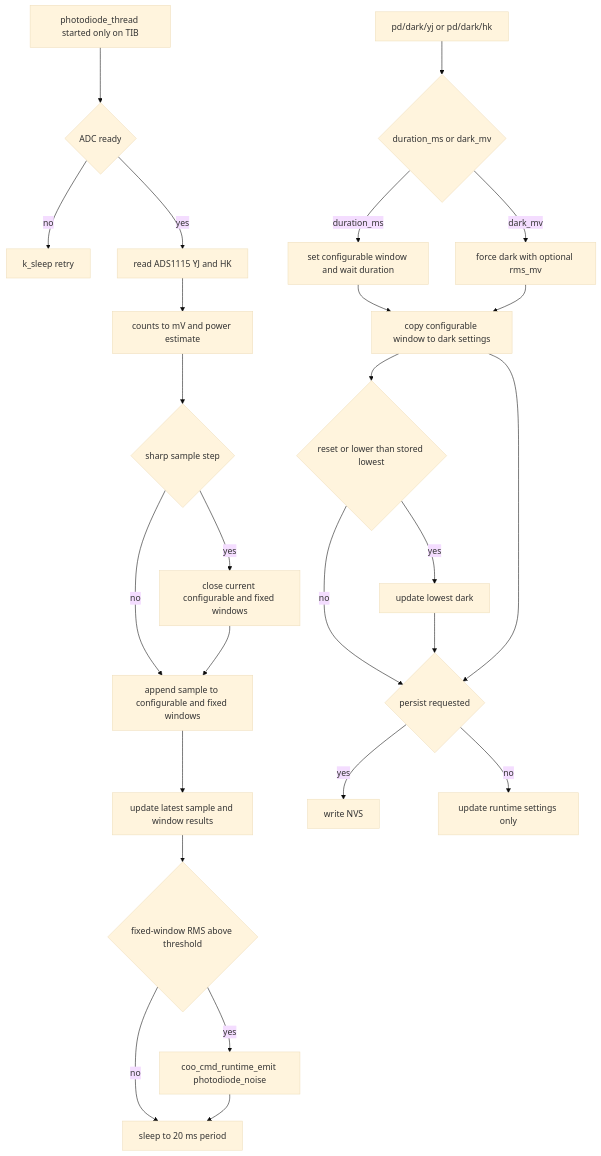
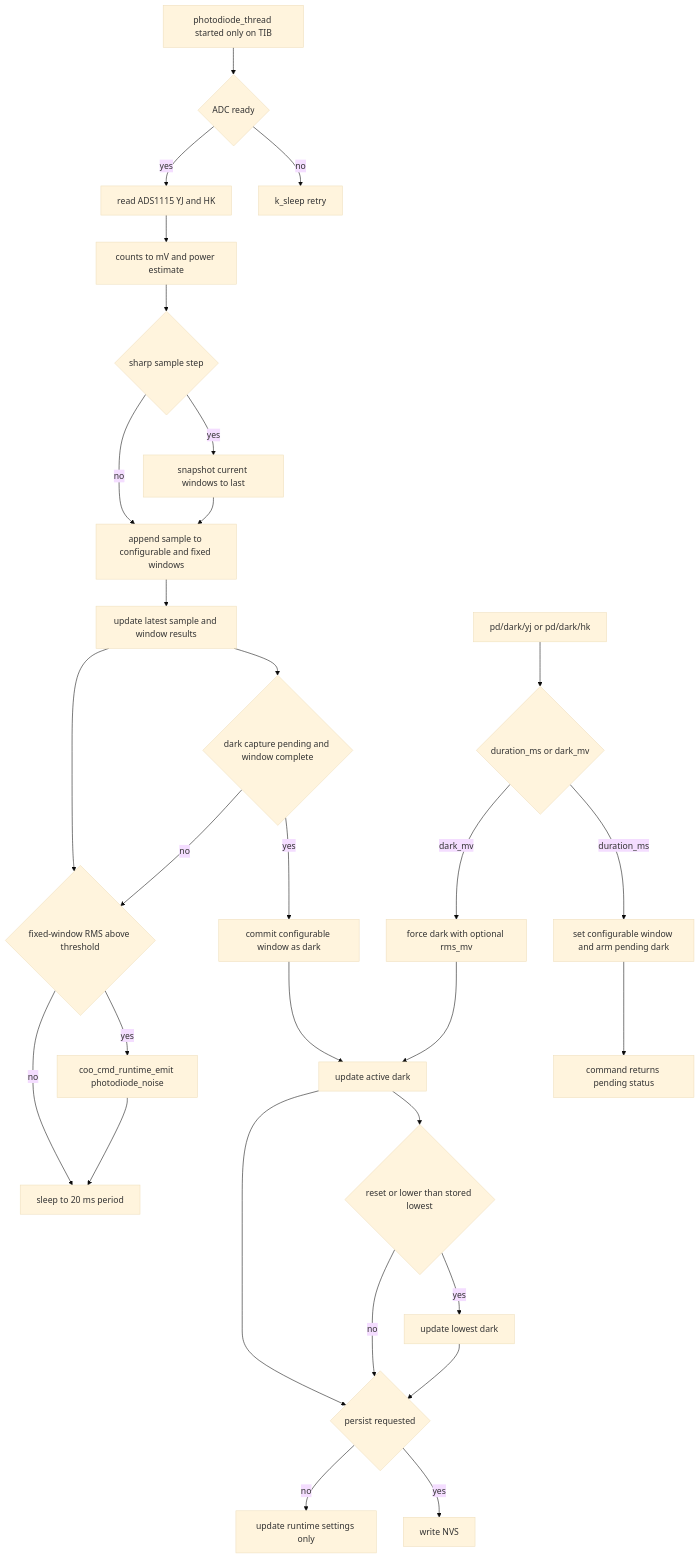
Before and after one commit to COO-Utilities/hispec-tib: the tenth of 22 diagrams in doc/diagrams.md, drawn with Mermaid (base theme). The commit also changed 10 other files, not shown here.

Commit message:
Overhaul photodiode dark capture flow: introduce pending dark action handling, replace `length_ms` with `duration_ms`, and decouple window arming and commitment logic. Update related commands, documentation, and diagrams.

````diff
--- a/doc/diagrams.md
+++ b/doc/diagrams.md
@@ -198,30 +198,34 @@
 ```mermaid
 flowchart TD
   Thread[photodiode_thread started only on TIB] --> Adc{ADC ready}
   Adc -- no --> Sleep[k_sleep retry]
   Adc -- yes --> Sample[read ADS1115 YJ and HK]
   Sample --> Convert[counts to mV and power estimate]
   Convert --> Step{sharp sample step}
-  Step -- yes --> Close[close current configurable and fixed windows]
+  Step -- yes --> Snapshot[snapshot current windows to last]
   Step -- no --> Windows
-  Close --> Windows[append sample to configurable and fixed windows]
+  Snapshot --> Windows[append sample to configurable and fixed windows]
   Windows --> Status[update latest sample and window results]
+  Status --> PendingDark{dark capture pending and window complete}
+  PendingDark -- yes --> DarkCommit[commit configurable window as dark]
+  PendingDark -- no --> Warn
   Status --> Warn{fixed-window RMS above threshold}
   Warn -- yes --> Emit[coo_cmd_runtime_emit photodiode_noise]
   Warn -- no --> SleepPeriod
   Emit --> SleepPeriod
   SleepPeriod[sleep to 20 ms period]
 
   DarkCmd[pd/dark/yj or pd/dark/hk] --> DarkMode{duration_ms or dark_mv}
-  DarkMode -- duration_ms --> Measure[set configurable window and wait duration]
-  Measure --> Commit[copy configurable window to dark settings]
+  DarkMode -- duration_ms --> Arm[set configurable window and arm pending dark]
+  Arm --> Query[command returns pending status]
   DarkMode -- dark_mv --> Force[force dark with optional rms_mv]
-  Force --> Commit
+  Force --> Commit[update active dark]
+  DarkCommit --> Commit
   Commit --> Lowest{reset or lower than stored lowest}
   Lowest -- yes --> LowestStore[update lowest dark]
   Lowest -- no --> Persist
   LowestStore --> Persist
   Commit --> Persist{persist requested}
   Persist -- yes --> NVS[write NVS]
   Persist -- no --> Runtime[update runtime settings only]
 ```
````
